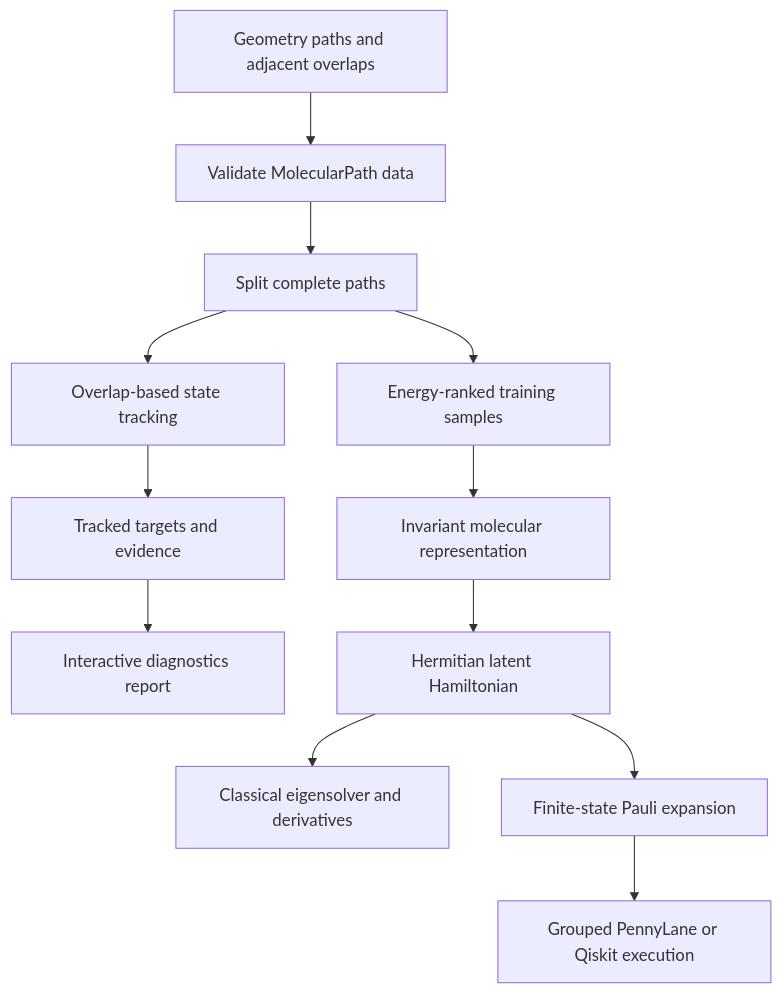
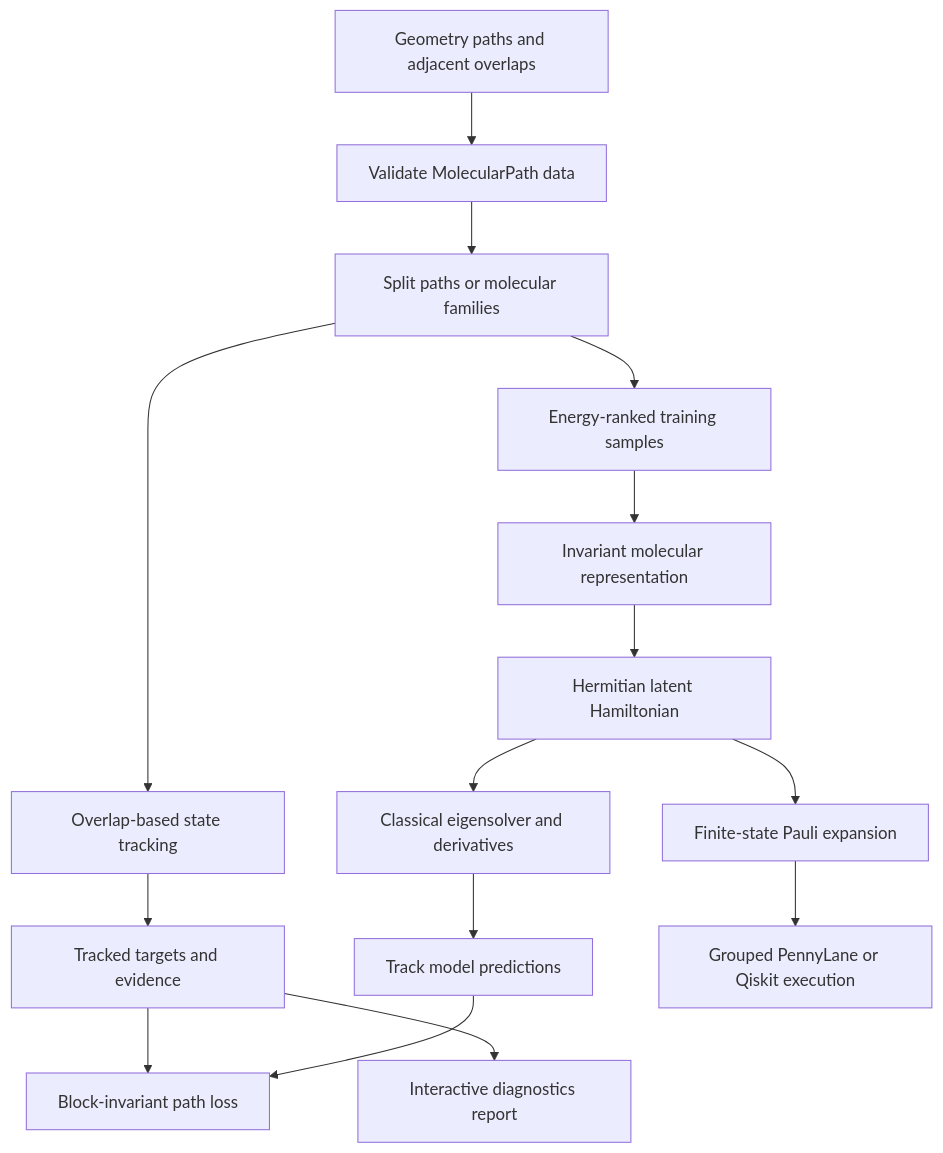
Before and after one commit to tmagoben/GeneralDIA: the diagram in README.md, drawn with Mermaid. The commit also changed other lines of this file and 14 other files, not shown here.

Commit message:
Add v3.2 invariant path supervision and molecular-family leakage gates

````diff
--- a/README.md
+++ b/README.md
@@ -51,14 +51,17 @@
 ```mermaid
 flowchart TD
     A["Geometry paths and adjacent overlaps"] --> B["Validate MolecularPath data"]
-    B --> C["Split complete paths"]
+    B --> C["Split paths or molecular families"]
     C --> D["Energy-ranked training samples"]
     C --> E["Overlap-based state tracking"]
     E --> F["Tracked targets and evidence"]
     F --> G["Interactive diagnostics report"]
+    F --> M["Block-invariant path loss"]
     D --> H["Invariant molecular representation"]
     H --> I["Hermitian latent Hamiltonian"]
     I --> J["Classical eigensolver and derivatives"]
+    J --> N["Track model predictions"]
+    N --> M
     I --> K["Finite-state Pauli expansion"]
     K --> L["Grouped PennyLane or Qiskit execution"]
 ```
````
